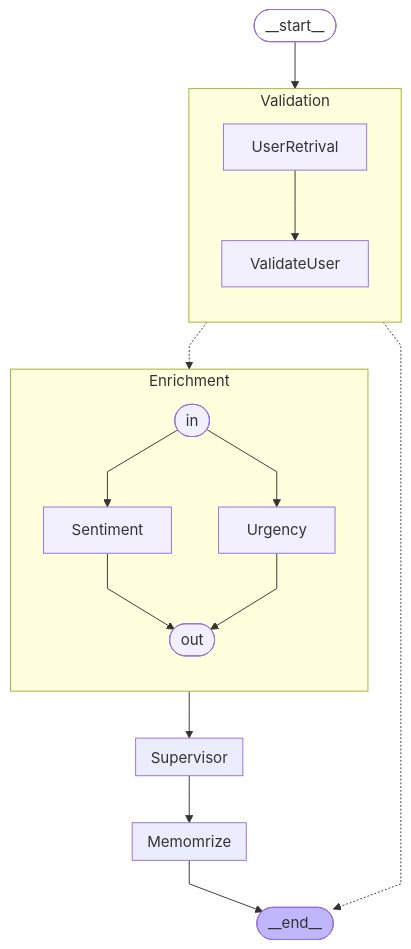
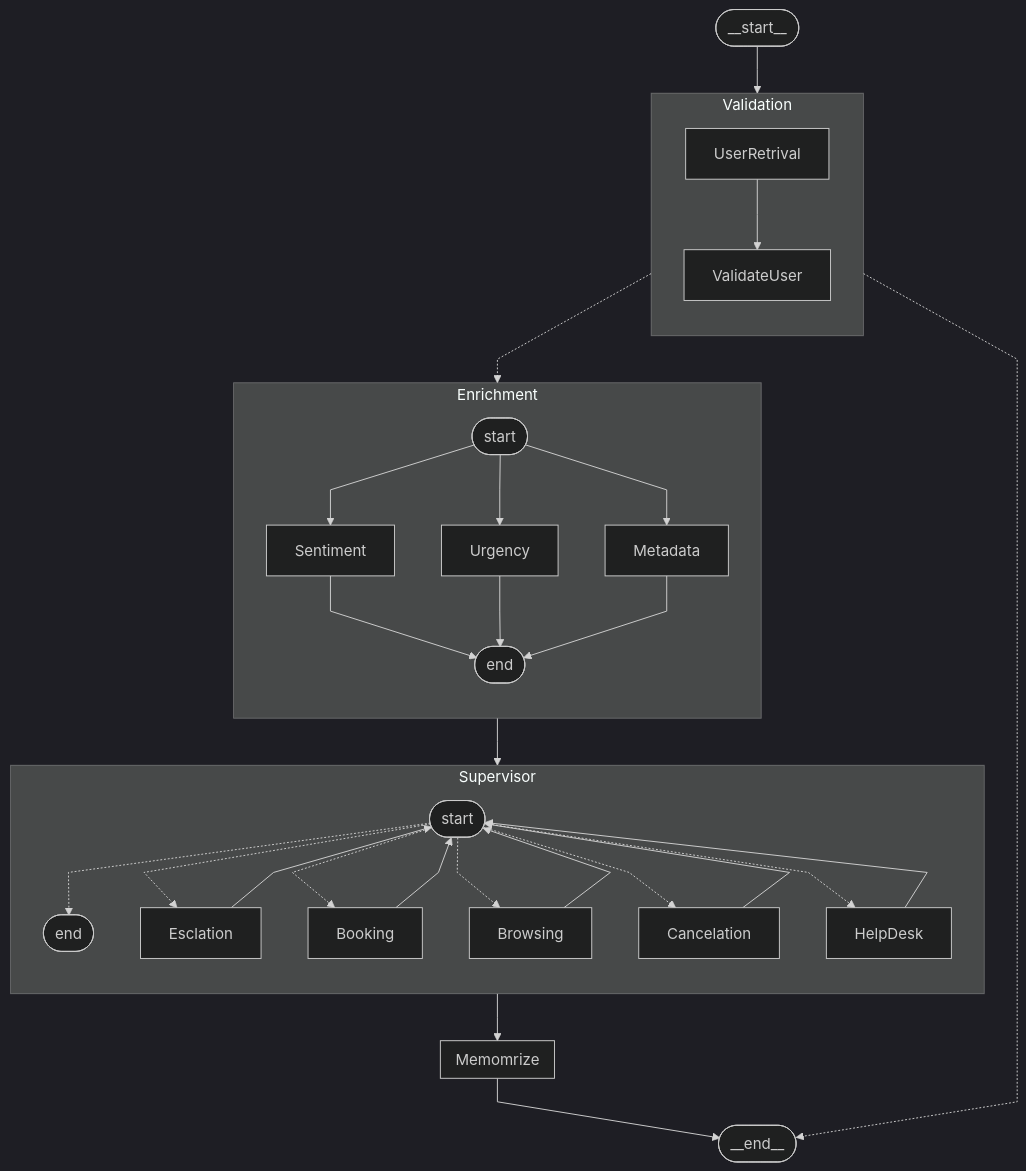
The diagram in README.md (tkober/nd901-agentic-ai-with-langchain-and-langgraph-project-3), drawn with Mermaid before and after one commit. The commit also changed other lines of this file, not shown here.

Commit message:
further architecture

````diff
--- a/README.md
+++ b/README.md
@@ -15,8 +18,9 @@
 ``` mermaid
 ---
 config:
-  flowchart:
-    curve: linear
+    theme: dark
+    flowchart:
+        curve: linear
 ---
 
 graph TD;
@@ -33,21 +37,48 @@
     subgraph Enrichment
         direction TB
         
-        in([in])
+        Enrichment__in([start])
         Sentiment
         Urgency
-        out([out])
+        Metadata
+        Enrichment__out([end])
 
-        in --> Sentiment;
-        in --> Urgency;
+        Enrichment__in --> Sentiment;
+        Enrichment__in --> Urgency;
+        Enrichment__in --> Metadata;
 
-        Sentiment --> out;
-        Urgency --> out;
+        Sentiment --> Enrichment__out;
+        Urgency --> Enrichment__out;
+        Metadata --> Enrichment__out;
 
     end
     
     subgraph Supervisor
         direction TB
+
+        Supervisor__in([start])
+        Esclation
+        Booking
+        Browsing
+        Cancelation
+        HelpDesk
+        Supervisor__out([end])
+
+
+        Supervisor__in -.-> Supervisor__out;
+        Supervisor__in -.-> Esclation;
+        Supervisor__in -.-> Booking;
+        Supervisor__in -.-> Browsing;
+        Supervisor__in -.-> Cancelation;
+        Supervisor__in -.-> HelpDesk;
+
+        Esclation --> Supervisor__in;
+        Booking --> Supervisor__in;
+        Browsing --> Supervisor__in;
+        Cancelation --> Supervisor__in;
+        HelpDesk --> Supervisor__in;
+
+
     end
 
     subgraph Memomrize
@@ -65,8 +96,8 @@
 	Supervisor --> Memomrize;
     Memomrize --> __end__;
 
-	classDef default fill:#f2f0ff,line-height:1.2
-	classDef first fill-opacity:0
-	classDef last fill:#bfb6fc
+%%	classDef default fill:#f2f0ff,line-height:1.2
+%%	classDef first fill-opacity:0
+%%	classDef last fill:#bfb6fc
 
 ```
````
